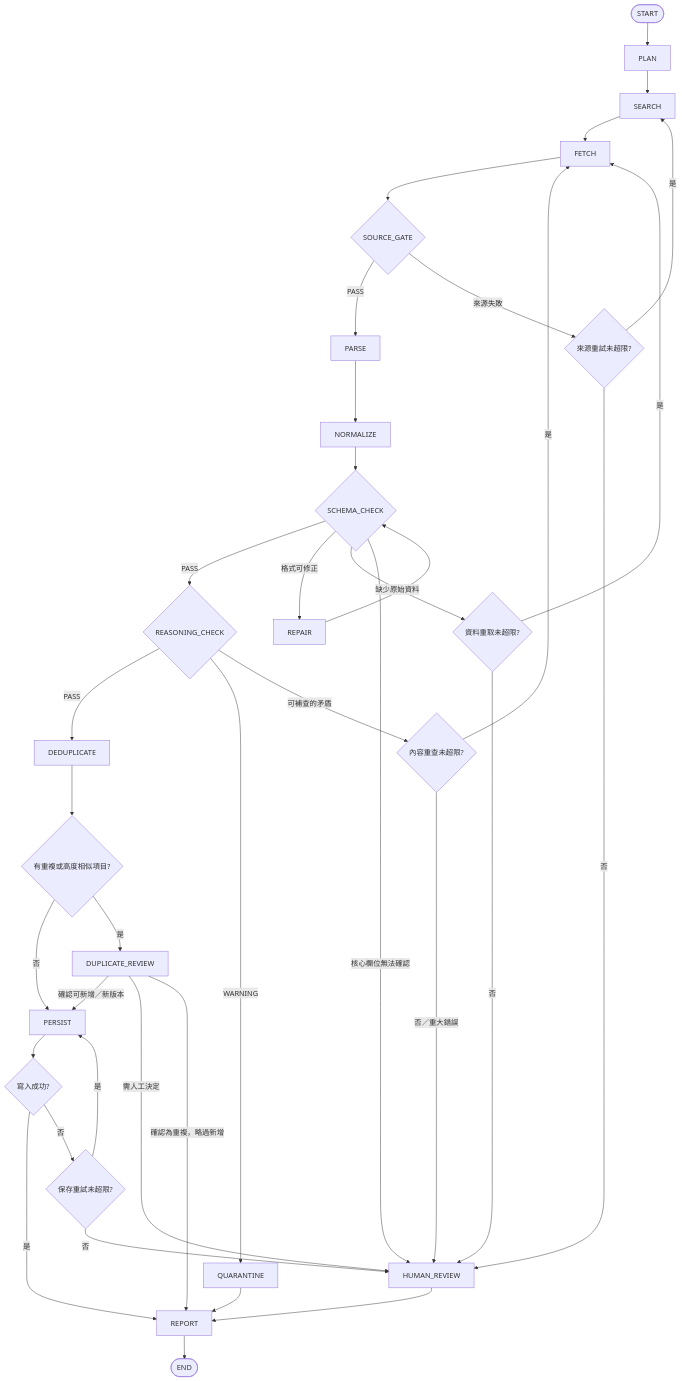
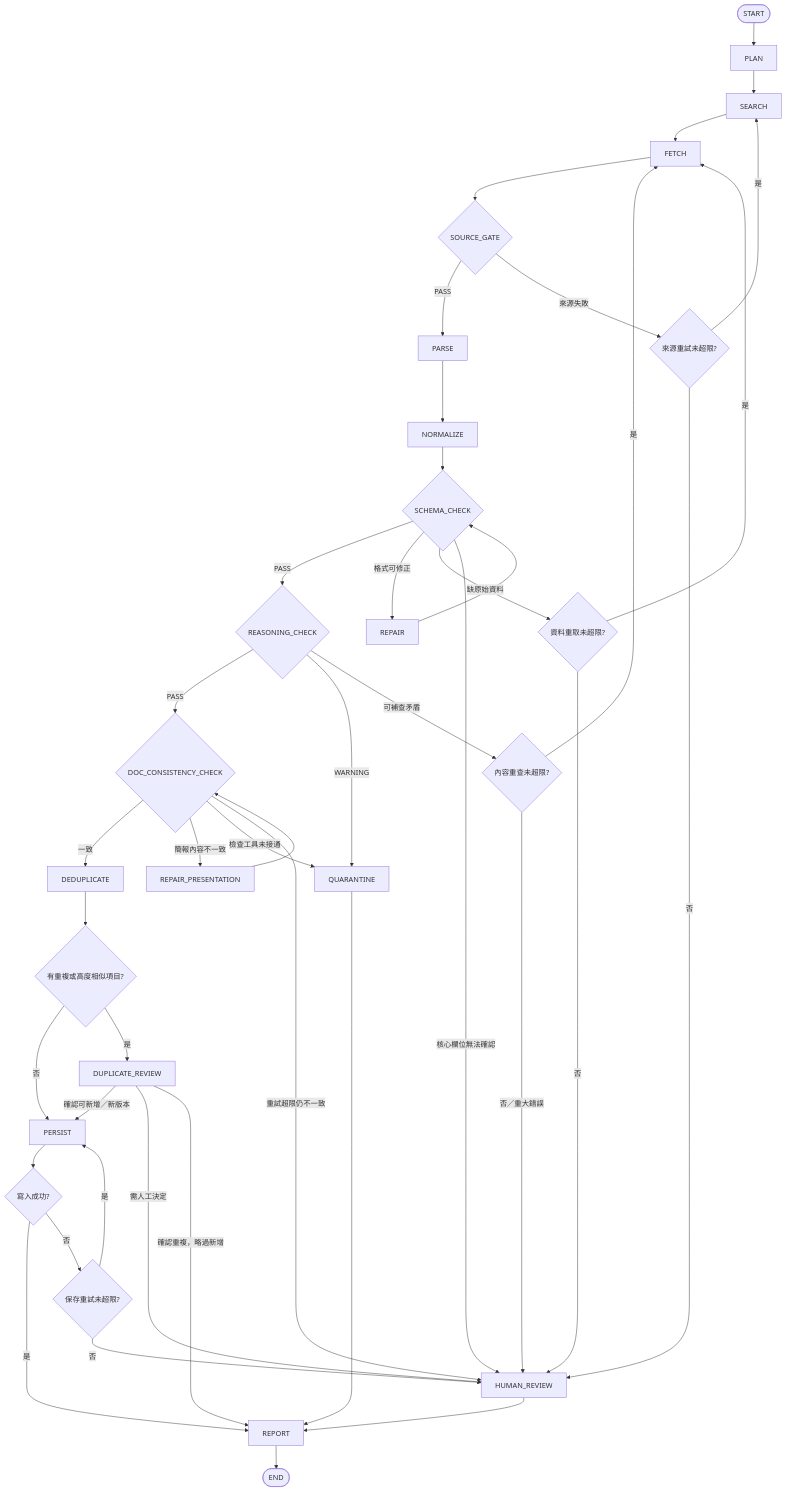
Before and after one commit to b101113002/Baking-wiki: the diagram in workflows/recipe-graph.md, drawn with Mermaid. The commit also changed other lines of this file, not shown here.

Commit message:
Add cross-document QA node to recipe graph

````diff
--- a/workflows/recipe-graph.md
+++ b/workflows/recipe-graph.md
@@ -36,34 +39,39 @@
 ```mermaid
 flowchart TD
     A([START]) --> B[PLAN] --> C[SEARCH] --> D[FETCH] --> E{SOURCE_GATE}
     E -->|PASS| F[PARSE]
     E -->|來源失敗| R1{來源重試未超限?}
     R1 -->|是| C
     R1 -->|否| H[HUMAN_REVIEW]
     F --> G[NORMALIZE] --> I{SCHEMA_CHECK}
     I -->|PASS| J{REASONING_CHECK}
     I -->|格式可修正| K[REPAIR] --> I
-    I -->|缺少原始資料| R2{資料重取未超限?}
+    I -->|缺原始資料| R2{資料重取未超限?}
     R2 -->|是| D
     R2 -->|否| H
     I -->|核心欄位無法確認| H
-    J -->|PASS| L[DEDUPLICATE]
+    J -->|PASS| DC{DOC_CONSISTENCY_CHECK}
     J -->|WARNING| Q[QUARANTINE]
-    J -->|可補查的矛盾| R3{內容重查未超限?}
+    J -->|可補查矛盾| R3{內容重查未超限?}
     R3 -->|是| D
     R3 -->|否／重大錯誤| H
+    DC -->|一致| L[DEDUPLICATE]
+    DC -->|簡報內容不一致| RP[REPAIR_PRESENTATION]
+    RP --> DC
+    DC -->|檢查工具未接通| Q
+    DC -->|重試超限仍不一致| H
     L --> M{有重複或高度相似項目?}
     M -->|否| N[PERSIST]
     M -->|是| O[DUPLICATE_REVIEW]
     O -->|確認可新增／新版本| N
     O -->|需人工決定| H
-    O -->|確認為重複，略過新增| P[REPORT]
+    O -->|確認重複，略過新增| P[REPORT]
     N --> S{寫入成功?}
     S -->|是| P
     S -->|否| R4{保存重試未超限?}
     R4 -->|是| N
     R4 -->|否| H
     Q --> P
     H --> P
     P --> T([END])
 ```
````
